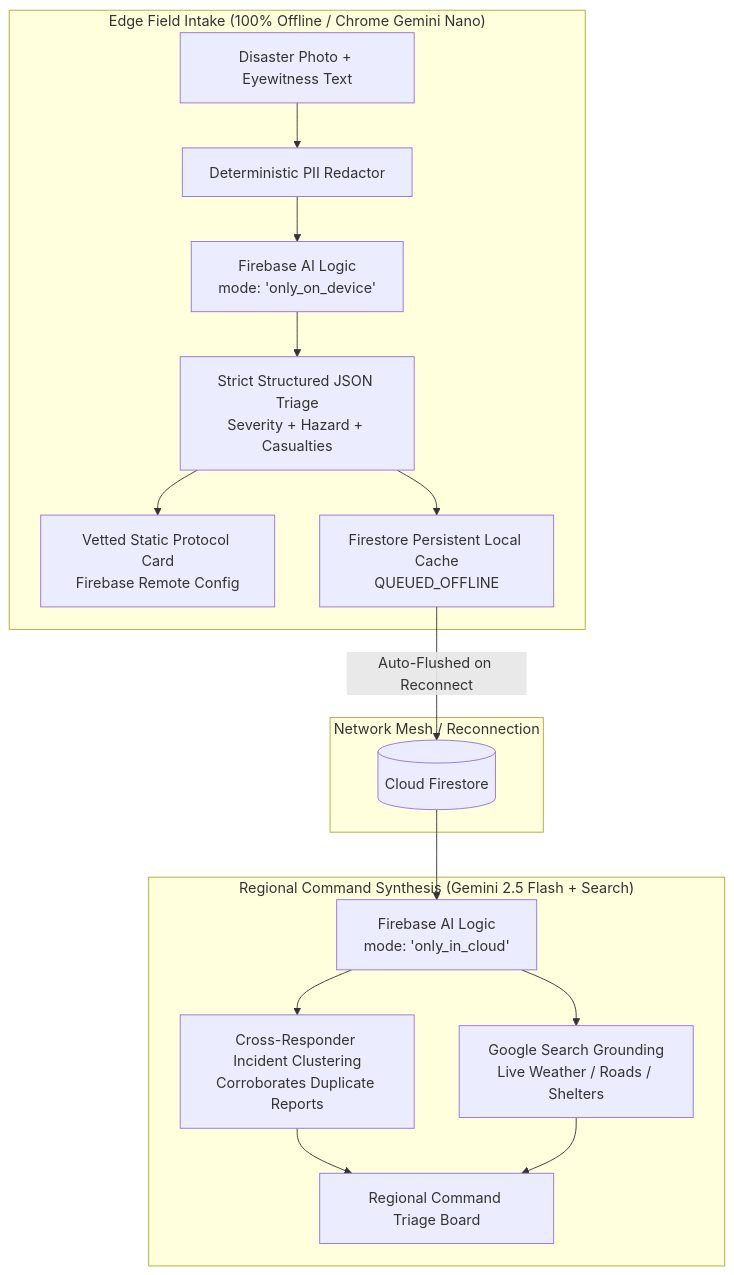
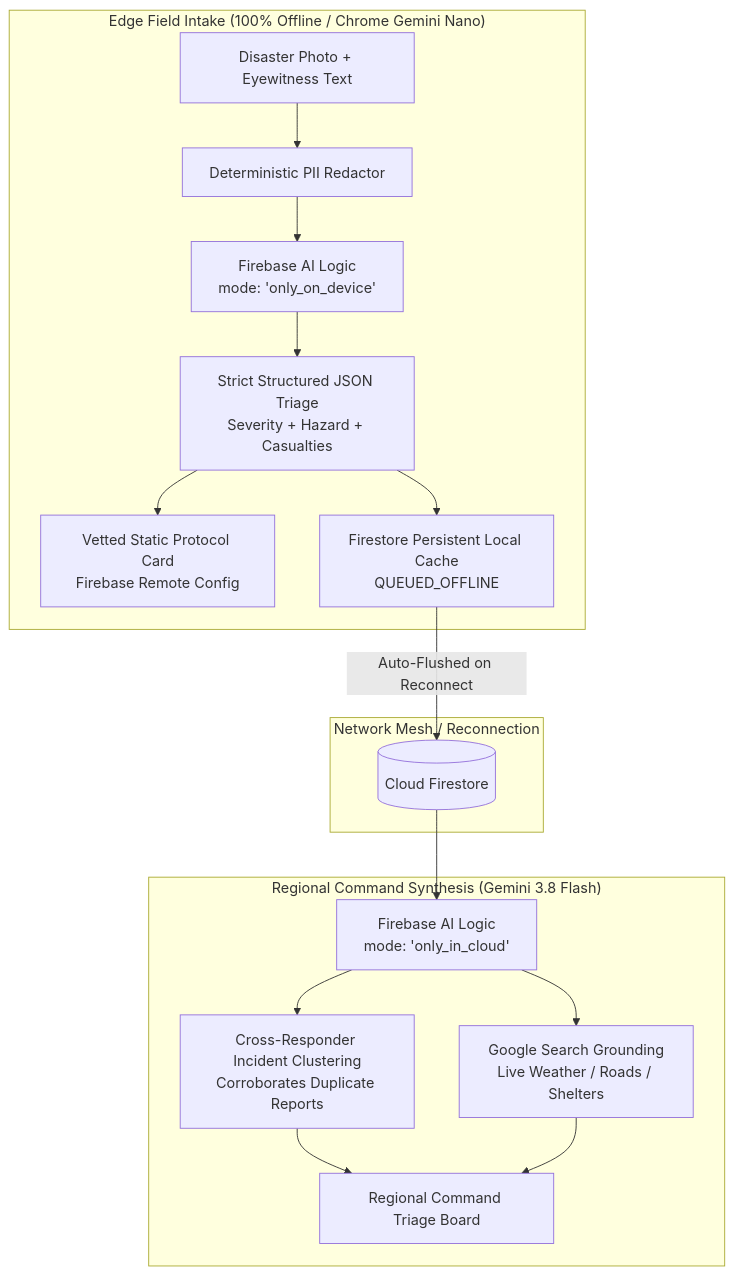
The diagram in README.md (Vezzyyy/TriageRelay), drawn with Mermaid before and after one commit. The commit also changed other lines of this file and 3 other files, not shown here.

Commit message:
fix: upgrade cloud command model to gemini-3.8-flash and handle Spark search grounding quota gracefully

````diff
--- a/README.md
+++ b/README.md
@@ -21,21 +21,21 @@
 ```mermaid
 flowchart TD
     subgraph Edge ["Edge Field Intake (100% Offline / Chrome Gemini Nano)"]
         A[Disaster Photo + Eyewitness Text] --> B[Deterministic PII Redactor]
         B --> C[Firebase AI Logic\nmode: 'only_on_device']
         C --> D[Strict Structured JSON Triage\nSeverity + Hazard + Casualties]
         D --> E[Vetted Static Protocol Card\nFirebase Remote Config]
         D --> F[Firestore Persistent Local Cache\nQUEUED_OFFLINE]
     end
 
     subgraph Mesh ["Network Mesh / Reconnection"]
         F -->|Auto-Flushed on Reconnect| G[(Cloud Firestore)]
     end
 
-    subgraph Command ["Regional Command Synthesis (Gemini 2.5 Flash + Search)"]
+    subgraph Command ["Regional Command Synthesis (Gemini 3.8 Flash)"]
         G --> H[Firebase AI Logic\nmode: 'only_in_cloud']
         H --> I[Cross-Responder Incident Clustering\nCorroborates Duplicate Reports]
         H --> J[Google Search Grounding\nLive Weather / Roads / Shelters]
         I & J --> K[Regional Command Triage Board]
     end
 ```
````
